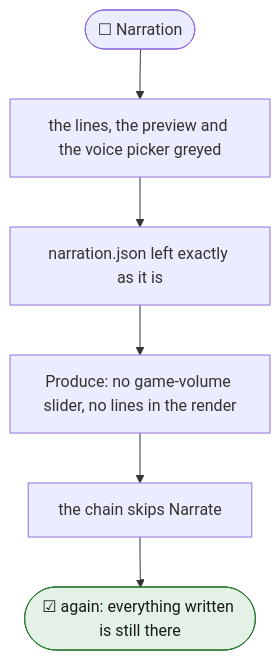
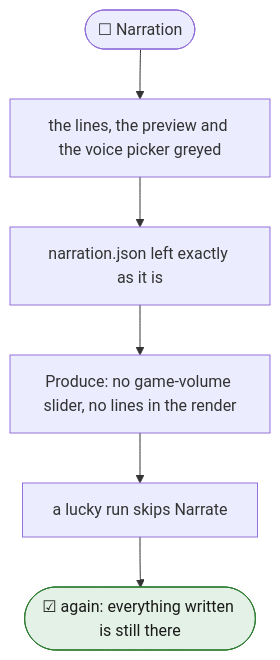
One commit to tbocek/naivepost changed the eighth of 8 diagrams in spec/07-narrate.md. Above: the diagram before and after it, drawn with Mermaid. The commit also changed other lines of this file and 24 other files, not shown here.

````diff
--- a/spec/07-narrate.md
+++ b/spec/07-narrate.md
@@ -222,11 +222,11 @@
 ```mermaid
 flowchart TD
   A(["☐ Narration"]) --> G["the lines, the preview and the voice picker greyed"]
   G --> K["narration.json left exactly as it is"]
   K --> P["Produce: no game-volume slider, no lines in the render"]
-  P --> C["the chain skips Narrate"]
+  P --> C["a lucky run skips Narrate"]
   C --> B(["☑ again: everything written is still there"]):::done
   classDef refuse fill:#fde2e1,stroke:#c01c28,color:#1a1a1a
   classDef done fill:#e3f1e6,stroke:#2e7d32,color:#1a1a1a
   classDef ask fill:#e8eefc,stroke:#3a63c8,color:#1a1a1a
 ```
````
